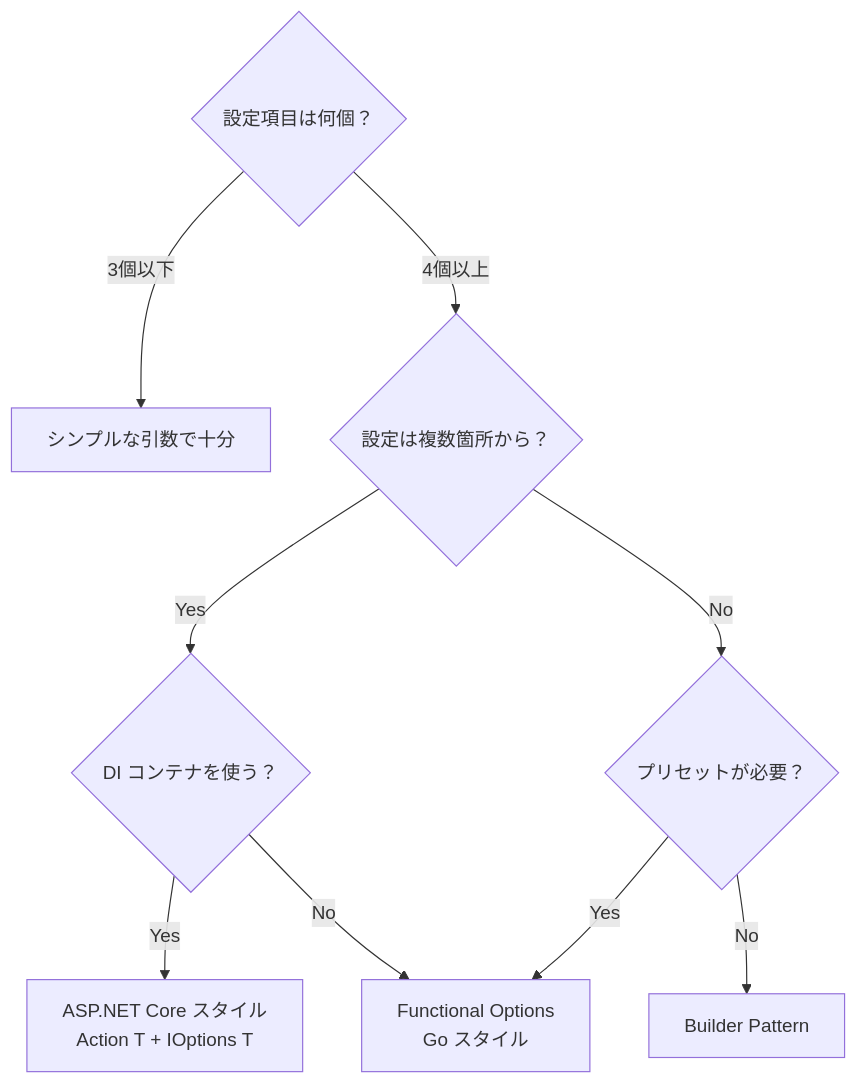
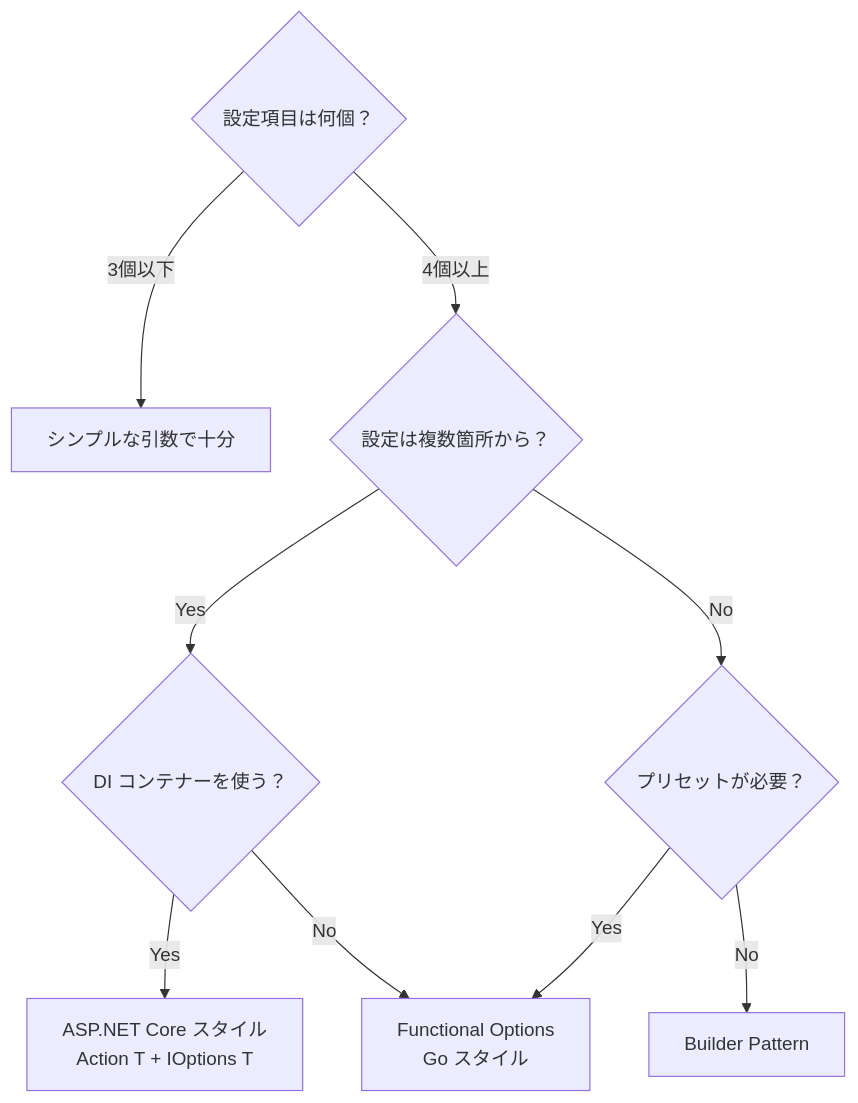
The sixth of 6 diagrams in content/blog/ja/options-pattern.mdx (yoichiozaki/yoichiozaki.github.io), drawn with Mermaid before and after one commit. The commit also changed other lines of this file and 117 other files, not shown here.

````diff
--- a/content/blog/ja/options-pattern.mdx
+++ b/content/blog/ja/options-pattern.mdx
@@ -859,11 +859,11 @@
 ```mermaid
 graph TD
     Start{"設定項目は何個？"} -->|"3個以下"| Simple["シンプルな引数で十分"]
     Start -->|"4個以上"| Complex{"設定は複数箇所から？"}
-    Complex -->|"Yes"| DI{"DI コンテナを使う？"}
+    Complex -->|"Yes"| DI{"DI コンテナーを使う？"}
     Complex -->|"No"| Single{"プリセットが必要？"}
     DI -->|"Yes"| ASPNET["ASP.NET Core スタイル<br/>Action T + IOptions T"]
     DI -->|"No"| FO["Functional Options<br/>Go スタイル"]
     Single -->|"Yes"| FO
     Single -->|"No"| Builder["Builder Pattern"]
 ```
````
